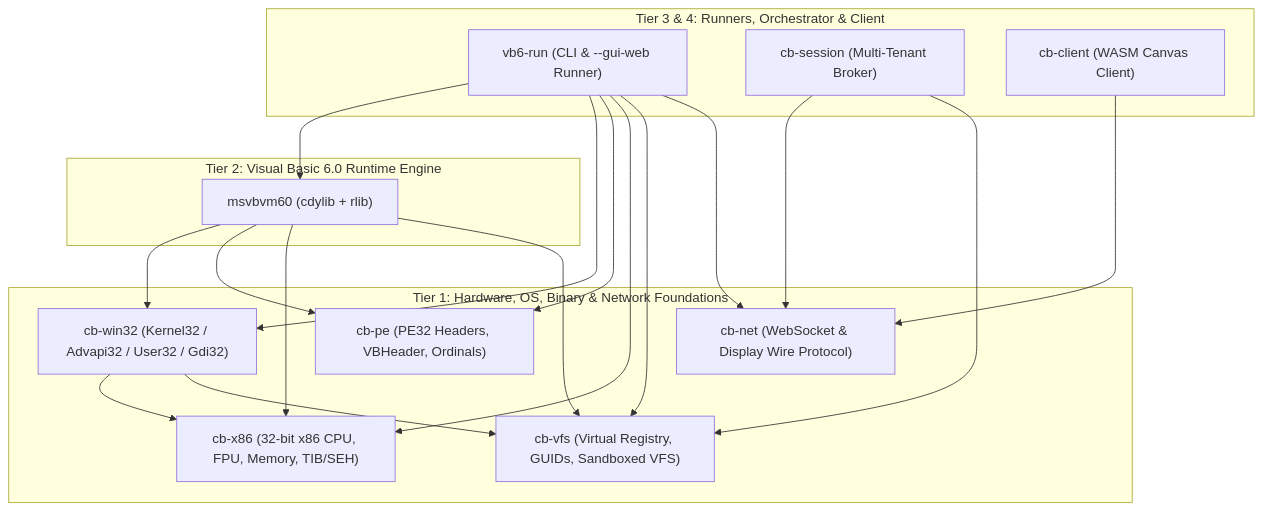
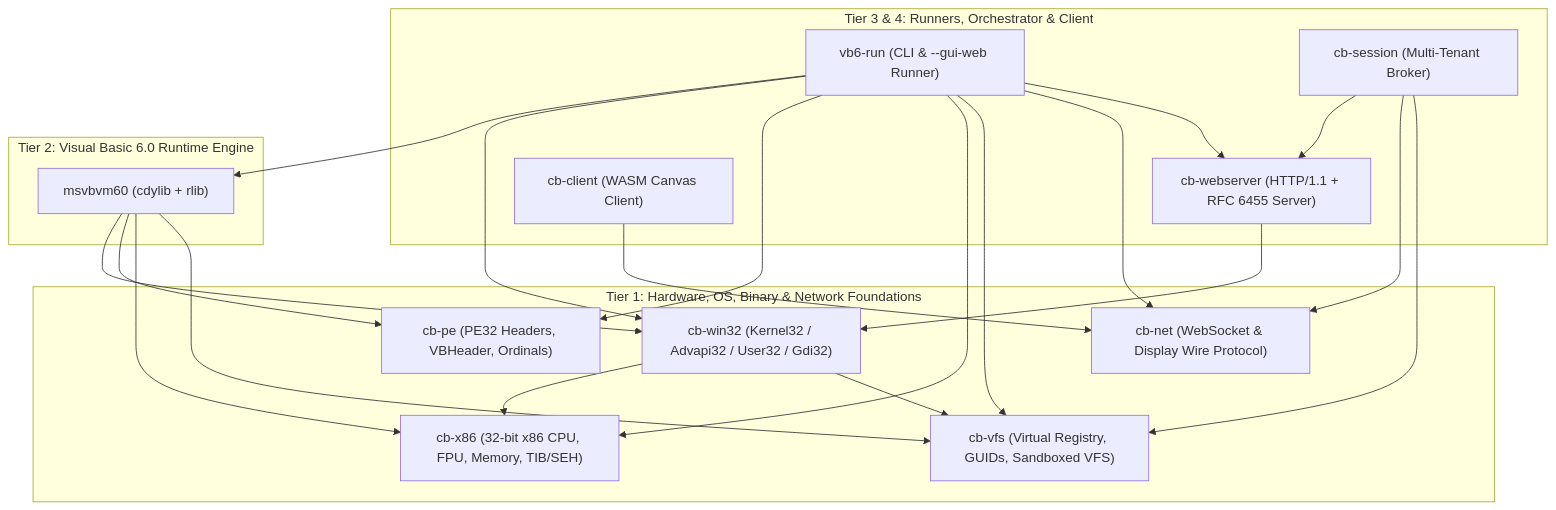
Before and after one commit to victoria-devs/classicbasic: the diagram in docs/architecture/workspace-architecture.md, drawn with Mermaid. The commit also changed other lines of this file and 9 other files, not shown here.

````diff
--- a/docs/architecture/workspace-architecture.md
+++ b/docs/architecture/workspace-architecture.md
@@ -36,40 +37,45 @@
 ```mermaid
 flowchart TD
     subgraph Tier3_4["Tier 3 & 4: Runners, Orchestrator & Client"]
         VB6RUN["vb6-run (CLI & --gui-web Runner)"]
         CBSESSION["cb-session (Multi-Tenant Broker)"]
+        CBWEB["cb-webserver (HTTP/1.1 + RFC 6455 Server)"]
         CBCLIENT["cb-client (WASM Canvas Client)"]
     end
 
     subgraph Tier2["Tier 2: Visual Basic 6.0 Runtime Engine"]
         MSVBVM60["msvbvm60 (cdylib + rlib)"]
     end
 
     subgraph Tier1["Tier 1: Hardware, OS, Binary & Network Foundations"]
         CBWIN32["cb-win32 (Kernel32 / Advapi32 / User32 / Gdi32)"]
         CBX86["cb-x86 (32-bit x86 CPU, FPU, Memory, TIB/SEH)"]
         CBPE["cb-pe (PE32 Headers, VBHeader, Ordinals)"]
         CBVFS["cb-vfs (Virtual Registry, GUIDs, Sandboxed VFS)"]
         CBNET["cb-net (WebSocket & Display Wire Protocol)"]
     end
 
     VB6RUN --> MSVBVM60
     VB6RUN --> CBWIN32
     VB6RUN --> CBPE
     VB6RUN --> CBX86
     VB6RUN --> CBVFS
     VB6RUN --> CBNET
 
+    VB6RUN --> CBWEB
+    CBSESSION --> CBWEB
+    CBWEB --> CBWIN32
+
     CBSESSION --> CBNET
     CBSESSION --> CBVFS
 
     CBCLIENT --> CBNET
 
     MSVBVM60 --> CBWIN32
     MSVBVM60 --> CBPE
     MSVBVM60 --> CBX86
     MSVBVM60 --> CBVFS
 
     CBWIN32 --> CBX86
     CBWIN32 --> CBVFS
 ```
````
